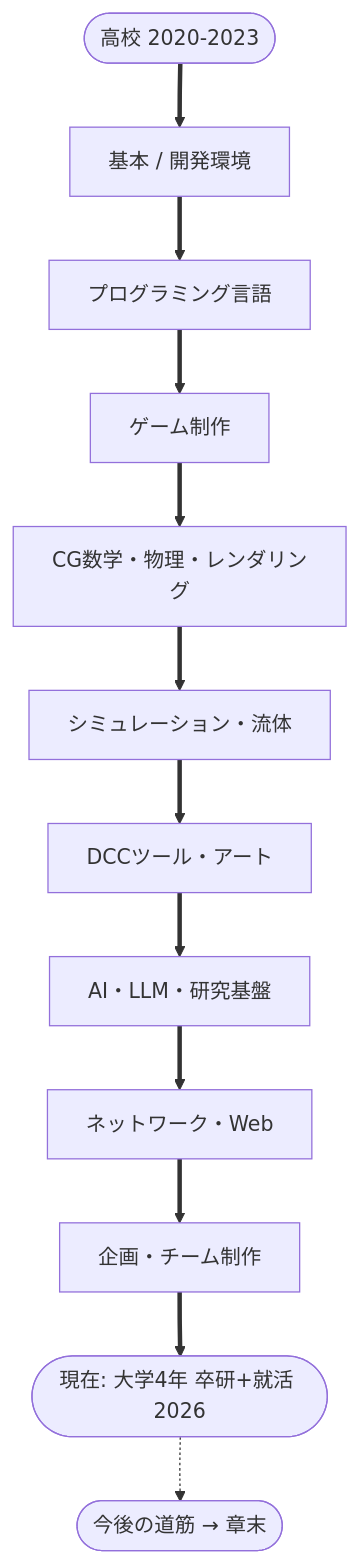
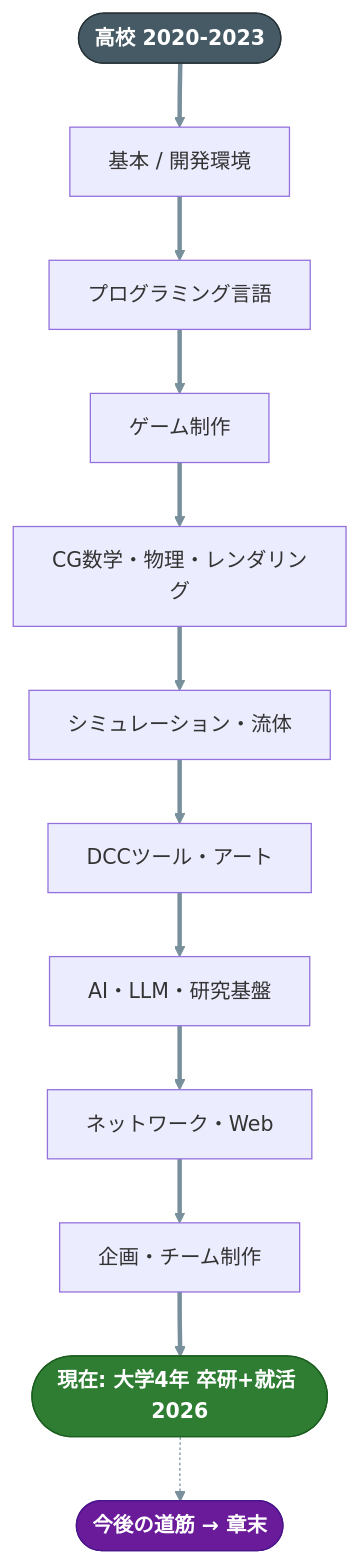
The second of 13 diagrams in README.md (manato1201/manato1201), drawn with Mermaid before and after one commit. The commit also changed other lines of this file, not shown here.

````diff
--- a/README.md
+++ b/README.md
@@ -87,14 +88,19 @@
 ```mermaid
+%%{init: {'themeVariables': {'primaryColor':'#37474f','primaryTextColor':'#ffffff','primaryBorderColor':'#263238','lineColor':'#78909c','fontSize':'16px'}}}%%
 flowchart TB
     S([高校 2020-2023]) ==> C1
     C1[基本 / 開発環境] ==> C2[プログラミング言語]
     C2 ==> C3[ゲーム制作]
     C3 ==> C4[CG数学・物理・レンダリング]
     C4 ==> C5[シミュレーション・流体]
     C5 ==> C6[DCCツール・アート]
     C6 ==> C7[AI・LLM・研究基盤]
     C7 ==> C8[ネットワーク・Web]
     C8 ==> C9[企画・チーム制作]
     C9 ==> G([現在: 大学4年 卒研+就活 2026])
     G -.-> F([今後の道筋 → 章末])
+
+    style S fill:#455a64,stroke:#263238,color:#ffffff,font-weight:bold
+    style G fill:#2e7d32,stroke:#1b5e20,color:#ffffff,font-weight:bold
+    style F fill:#6a1b9a,stroke:#4a148c,color:#ffffff,font-weight:bold
 ```
````
